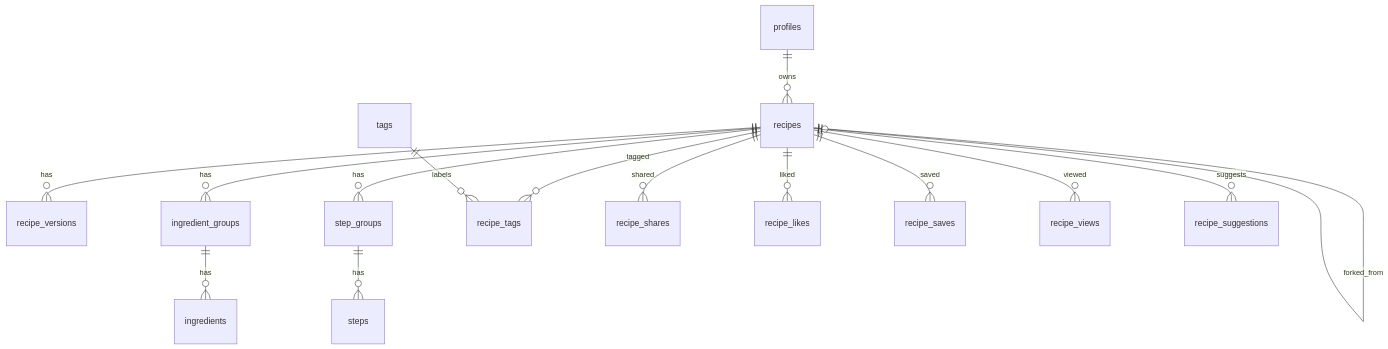
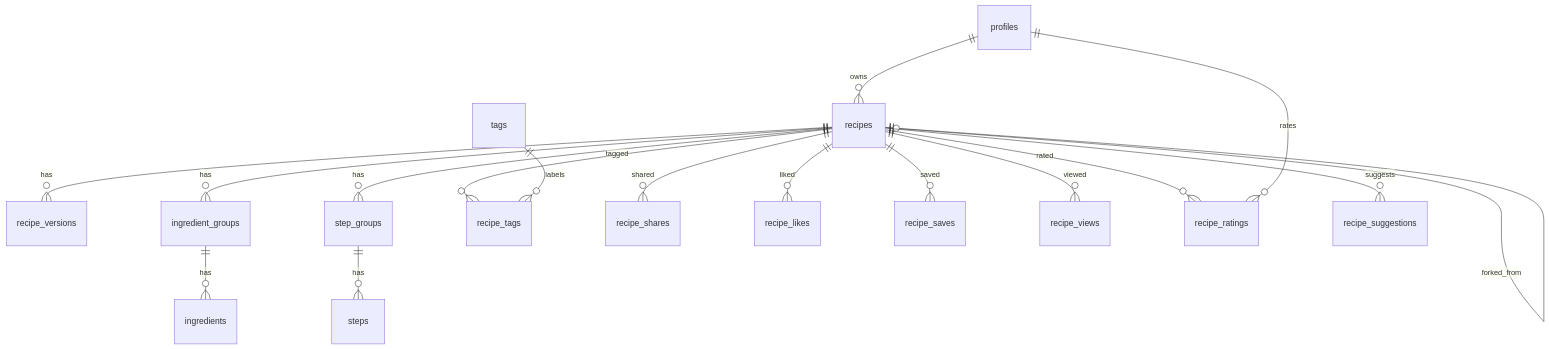
Before and after one commit to vishnuGops/Secret-Sauce: the second of 2 diagrams in docs/SDS.md, drawn with Mermaid. The commit also changed other lines of this file and 26 other files, not shown here.

````diff
--- a/docs/SDS.md
+++ b/docs/SDS.md
@@ -103,17 +117,19 @@
 ```mermaid
 erDiagram
   profiles ||--o{ recipes : owns
   recipes ||--o{ recipe_versions : has
   recipes ||--o{ ingredient_groups : has
   ingredient_groups ||--o{ ingredients : has
   recipes ||--o{ step_groups : has
   step_groups ||--o{ steps : has
   recipes ||--o{ recipe_tags : tagged
   tags ||--o{ recipe_tags : labels
   recipes ||--o{ recipe_shares : shared
   recipes ||--o{ recipe_likes : liked
   recipes ||--o{ recipe_saves : saved
   recipes ||--o{ recipe_views : viewed
+  recipes ||--o{ recipe_ratings : rated
+  profiles ||--o{ recipe_ratings : rates
   recipes ||--o| recipes : "forked_from"
   recipes ||--o{ recipe_suggestions : suggests
 ```
````
